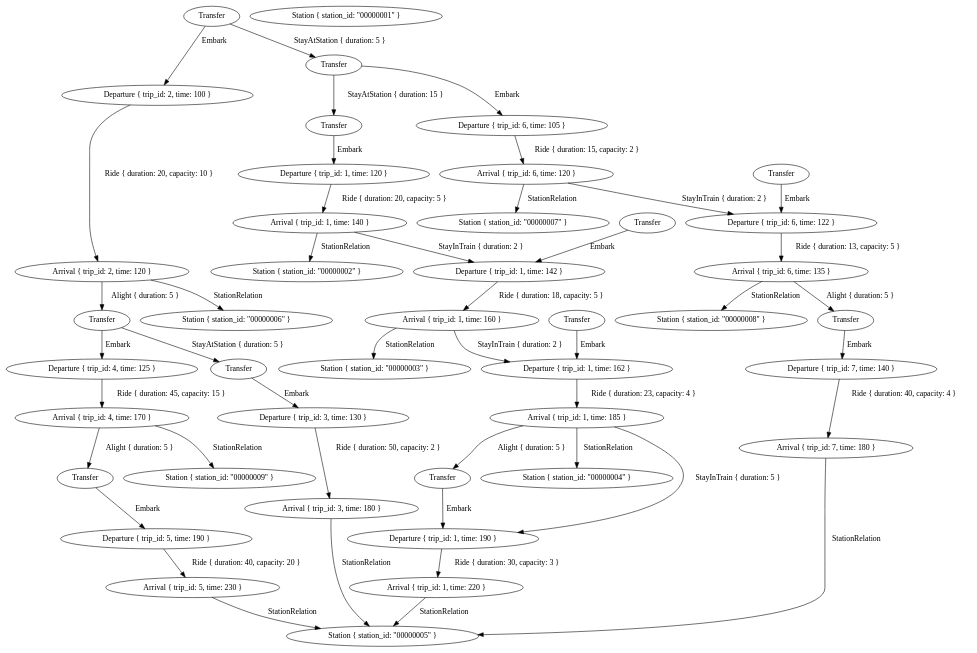
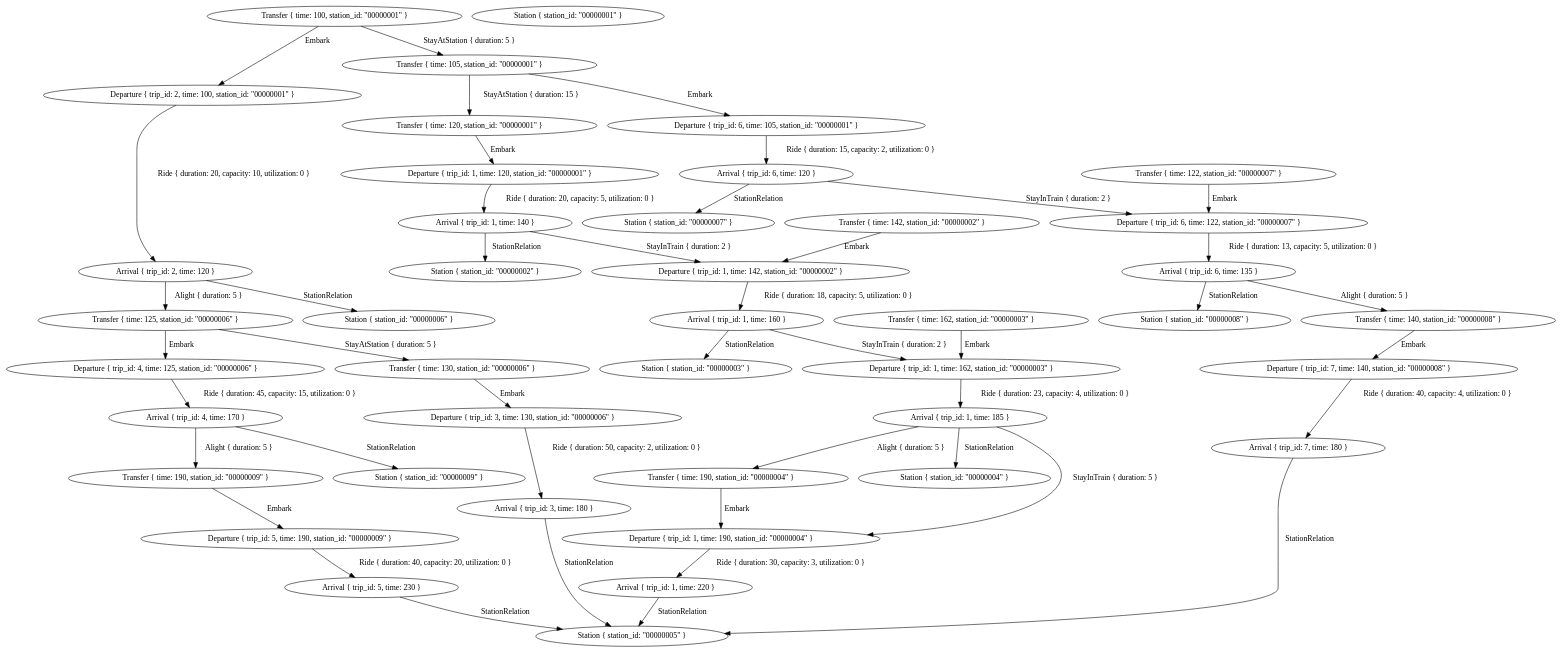
Before and after one commit to eliaswendt/mcfp-optimizer: the diagram in graphs/graph.dot, drawn with Graphviz. The commit also changed 18 other files, not shown here.

```diff
--- a/graphs/graph.dot
+++ b/graphs/graph.dot
@@ -1,88 +1,88 @@
 digraph {
-    0 [ label = "Arrival { trip_id: 1, time: 160 }" ]
-    1 [ label = "Departure { trip_id: 1, time: 142 }" ]
-    2 [ label = "Arrival { trip_id: 3, time: 180 }" ]
-    3 [ label = "Departure { trip_id: 3, time: 130 }" ]
-    4 [ label = "Arrival { trip_id: 6, time: 120 }" ]
-    5 [ label = "Departure { trip_id: 6, time: 105 }" ]
-    6 [ label = "Arrival { trip_id: 4, time: 170 }" ]
-    7 [ label = "Departure { trip_id: 4, time: 125 }" ]
-    8 [ label = "Arrival { trip_id: 5, time: 230 }" ]
-    9 [ label = "Departure { trip_id: 5, time: 190 }" ]
-    10 [ label = "Arrival { trip_id: 1, time: 220 }" ]
-    11 [ label = "Departure { trip_id: 1, time: 190 }" ]
-    12 [ label = "Arrival { trip_id: 7, time: 180 }" ]
-    13 [ label = "Departure { trip_id: 7, time: 140 }" ]
-    14 [ label = "Arrival { trip_id: 1, time: 140 }" ]
-    15 [ label = "Departure { trip_id: 1, time: 120 }" ]
-    16 [ label = "Arrival { trip_id: 2, time: 120 }" ]
-    17 [ label = "Departure { trip_id: 2, time: 100 }" ]
+    0 [ label = "Arrival { trip_id: 1, time: 140 }" ]
+    1 [ label = "Departure { trip_id: 1, time: 120, station_id: \"00000001\" }" ]
+    2 [ label = "Arrival { trip_id: 2, time: 120 }" ]
+    3 [ label = "Departure { trip_id: 2, time: 100, station_id: \"00000001\" }" ]
+    4 [ label = "Arrival { trip_id: 3, time: 180 }" ]
+    5 [ label = "Departure { trip_id: 3, time: 130, station_id: \"00000006\" }" ]
+    6 [ label = "Arrival { trip_id: 5, time: 230 }" ]
+    7 [ label = "Departure { trip_id: 5, time: 190, station_id: \"00000009\" }" ]
+    8 [ label = "Arrival { trip_id: 6, time: 135 }" ]
+    9 [ label = "Departure { trip_id: 6, time: 122, station_id: \"00000007\" }" ]
+    10 [ label = "Arrival { trip_id: 6, time: 120 }" ]
+    11 [ label = "Departure { trip_id: 6, time: 105, station_id: \"00000001\" }" ]
+    12 [ label = "Arrival { trip_id: 1, time: 160 }" ]
+    13 [ label = "Departure { trip_id: 1, time: 142, station_id: \"00000002\" }" ]
+    14 [ label = "Arrival { trip_id: 4, time: 170 }" ]
+    15 [ label = "Departure { trip_id: 4, time: 125, station_id: \"00000006\" }" ]
+    16 [ label = "Arrival { trip_id: 1, time: 220 }" ]
+    17 [ label = "Departure { trip_id: 1, time: 190, station_id: \"00000004\" }" ]
     18 [ label = "Arrival { trip_id: 1, time: 185 }" ]
-    19 [ label = "Departure { trip_id: 1, time: 162 }" ]
-    20 [ label = "Arrival { trip_id: 6, time: 135 }" ]
-    21 [ label = "Departure { trip_id: 6, time: 122 }" ]
-    22 [ label = "Station { station_id: \"00000001\" }" ]
-    23 [ label = "Transfer" ]
-    24 [ label = "Transfer" ]
-    25 [ label = "Transfer" ]
-    26 [ label = "Station { station_id: \"00000006\" }" ]
-    27 [ label = "Transfer" ]
-    28 [ label = "Transfer" ]
-    29 [ label = "Station { station_id: \"00000003\" }" ]
-    30 [ label = "Transfer" ]
-    31 [ label = "Station { station_id: \"00000008\" }" ]
-    32 [ label = "Transfer" ]
-    33 [ label = "Station { station_id: \"00000004\" }" ]
-    34 [ label = "Transfer" ]
-    35 [ label = "Station { station_id: \"00000009\" }" ]
-    36 [ label = "Transfer" ]
-    37 [ label = "Station { station_id: \"00000002\" }" ]
-    38 [ label = "Transfer" ]
-    39 [ label = "Station { station_id: \"00000005\" }" ]
-    40 [ label = "Station { station_id: \"00000007\" }" ]
-    41 [ label = "Transfer" ]
-    1 -> 0 [ label = "Ride { duration: 18, capacity: 5 }" ]
-    3 -> 2 [ label = "Ride { duration: 50, capacity: 2 }" ]
-    5 -> 4 [ label = "Ride { duration: 15, capacity: 2 }" ]
-    7 -> 6 [ label = "Ride { duration: 45, capacity: 15 }" ]
-    9 -> 8 [ label = "Ride { duration: 40, capacity: 20 }" ]
-    11 -> 10 [ label = "Ride { duration: 30, capacity: 3 }" ]
-    13 -> 12 [ label = "Ride { duration: 40, capacity: 4 }" ]
-    15 -> 14 [ label = "Ride { duration: 20, capacity: 5 }" ]
-    17 -> 16 [ label = "Ride { duration: 20, capacity: 10 }" ]
-    19 -> 18 [ label = "Ride { duration: 23, capacity: 4 }" ]
-    21 -> 20 [ label = "Ride { duration: 13, capacity: 5 }" ]
-    23 -> 15 [ label = "Embark" ]
-    24 -> 5 [ label = "Embark" ]
-    25 -> 17 [ label = "Embark" ]
-    25 -> 24 [ label = "StayAtStation { duration: 5 }" ]
-    24 -> 23 [ label = "StayAtStation { duration: 15 }" ]
-    27 -> 7 [ label = "Embark" ]
-    28 -> 3 [ label = "Embark" ]
-    27 -> 28 [ label = "StayAtStation { duration: 5 }" ]
-    16 -> 26 [ label = "StationRelation" ]
-    16 -> 27 [ label = "Alight { duration: 5 }" ]
-    30 -> 19 [ label = "Embark" ]
-    0 -> 19 [ label = "StayInTrain { duration: 2 }" ]
-    0 -> 29 [ label = "StationRelation" ]
-    32 -> 13 [ label = "Embark" ]
-    20 -> 31 [ label = "StationRelation" ]
-    20 -> 32 [ label = "Alight { duration: 5 }" ]
-    34 -> 11 [ label = "Embark" ]
-    18 -> 11 [ label = "StayInTrain { duration: 5 }" ]
-    18 -> 33 [ label = "StationRelation" ]
-    18 -> 34 [ label = "Alight { duration: 5 }" ]
-    36 -> 9 [ label = "Embark" ]
-    6 -> 35 [ label = "StationRelation" ]
-    6 -> 36 [ label = "Alight { duration: 5 }" ]
-    38 -> 1 [ label = "Embark" ]
-    14 -> 1 [ label = "StayInTrain { duration: 2 }" ]
-    14 -> 37 [ label = "StationRelation" ]
-    8 -> 39 [ label = "StationRelation" ]
-    12 -> 39 [ label = "StationRelation" ]
-    10 -> 39 [ label = "StationRelation" ]
-    2 -> 39 [ label = "StationRelation" ]
-    41 -> 21 [ label = "Embark" ]
-    4 -> 21 [ label = "StayInTrain { duration: 2 }" ]
-    4 -> 40 [ label = "StationRelation" ]
+    19 [ label = "Departure { trip_id: 1, time: 162, station_id: \"00000003\" }" ]
+    20 [ label = "Arrival { trip_id: 7, time: 180 }" ]
+    21 [ label = "Departure { trip_id: 7, time: 140, station_id: \"00000008\" }" ]
+    22 [ label = "Station { station_id: \"00000004\" }" ]
+    23 [ label = "Transfer { time: 190, station_id: \"00000004\" }" ]
+    24 [ label = "Station { station_id: \"00000001\" }" ]
+    25 [ label = "Transfer { time: 105, station_id: \"00000001\" }" ]
+    26 [ label = "Transfer { time: 100, station_id: \"00000001\" }" ]
+    27 [ label = "Transfer { time: 120, station_id: \"00000001\" }" ]
+    28 [ label = "Station { station_id: \"00000002\" }" ]
+    29 [ label = "Transfer { time: 142, station_id: \"00000002\" }" ]
+    30 [ label = "Station { station_id: \"00000003\" }" ]
+    31 [ label = "Transfer { time: 162, station_id: \"00000003\" }" ]
+    32 [ label = "Station { station_id: \"00000005\" }" ]
+    33 [ label = "Station { station_id: \"00000006\" }" ]
+    34 [ label = "Transfer { time: 125, station_id: \"00000006\" }" ]
+    35 [ label = "Transfer { time: 130, station_id: \"00000006\" }" ]
+    36 [ label = "Station { station_id: \"00000008\" }" ]
+    37 [ label = "Transfer { time: 140, station_id: \"00000008\" }" ]
+    38 [ label = "Station { station_id: \"00000007\" }" ]
+    39 [ label = "Transfer { time: 122, station_id: \"00000007\" }" ]
+    40 [ label = "Station { station_id: \"00000009\" }" ]
+    41 [ label = "Transfer { time: 190, station_id: \"00000009\" }" ]
+    1 -> 0 [ label = "Ride { duration: 20, capacity: 5, utilization: 0 }" ]
+    3 -> 2 [ label = "Ride { duration: 20, capacity: 10, utilization: 0 }" ]
+    5 -> 4 [ label = "Ride { duration: 50, capacity: 2, utilization: 0 }" ]
+    7 -> 6 [ label = "Ride { duration: 40, capacity: 20, utilization: 0 }" ]
+    9 -> 8 [ label = "Ride { duration: 13, capacity: 5, utilization: 0 }" ]
+    11 -> 10 [ label = "Ride { duration: 15, capacity: 2, utilization: 0 }" ]
+    13 -> 12 [ label = "Ride { duration: 18, capacity: 5, utilization: 0 }" ]
+    15 -> 14 [ label = "Ride { duration: 45, capacity: 15, utilization: 0 }" ]
+    17 -> 16 [ label = "Ride { duration: 30, capacity: 3, utilization: 0 }" ]
+    19 -> 18 [ label = "Ride { duration: 23, capacity: 4, utilization: 0 }" ]
+    21 -> 20 [ label = "Ride { duration: 40, capacity: 4, utilization: 0 }" ]
+    23 -> 17 [ label = "Embark" ]
+    18 -> 17 [ label = "StayInTrain { duration: 5 }" ]
+    18 -> 22 [ label = "StationRelation" ]
+    18 -> 23 [ label = "Alight { duration: 5 }" ]
+    25 -> 11 [ label = "Embark" ]
+    26 -> 3 [ label = "Embark" ]
+    27 -> 1 [ label = "Embark" ]
+    26 -> 25 [ label = "StayAtStation { duration: 5 }" ]
+    25 -> 27 [ label = "StayAtStation { duration: 15 }" ]
+    29 -> 13 [ label = "Embark" ]
+    0 -> 13 [ label = "StayInTrain { duration: 2 }" ]
+    0 -> 28 [ label = "StationRelation" ]
+    31 -> 19 [ label = "Embark" ]
+    12 -> 19 [ label = "StayInTrain { duration: 2 }" ]
+    12 -> 30 [ label = "StationRelation" ]
+    4 -> 32 [ label = "StationRelation" ]
+    6 -> 32 [ label = "StationRelation" ]
+    16 -> 32 [ label = "StationRelation" ]
+    20 -> 32 [ label = "StationRelation" ]
+    34 -> 15 [ label = "Embark" ]
+    35 -> 5 [ label = "Embark" ]
+    34 -> 35 [ label = "StayAtStation { duration: 5 }" ]
+    2 -> 33 [ label = "StationRelation" ]
+    2 -> 34 [ label = "Alight { duration: 5 }" ]
+    37 -> 21 [ label = "Embark" ]
+    8 -> 36 [ label = "StationRelation" ]
+    8 -> 37 [ label = "Alight { duration: 5 }" ]
+    39 -> 9 [ label = "Embark" ]
+    10 -> 9 [ label = "StayInTrain { duration: 2 }" ]
+    10 -> 38 [ label = "StationRelation" ]
+    41 -> 7 [ label = "Embark" ]
+    14 -> 40 [ label = "StationRelation" ]
+    14 -> 41 [ label = "Alight { duration: 5 }" ]
 }
```
